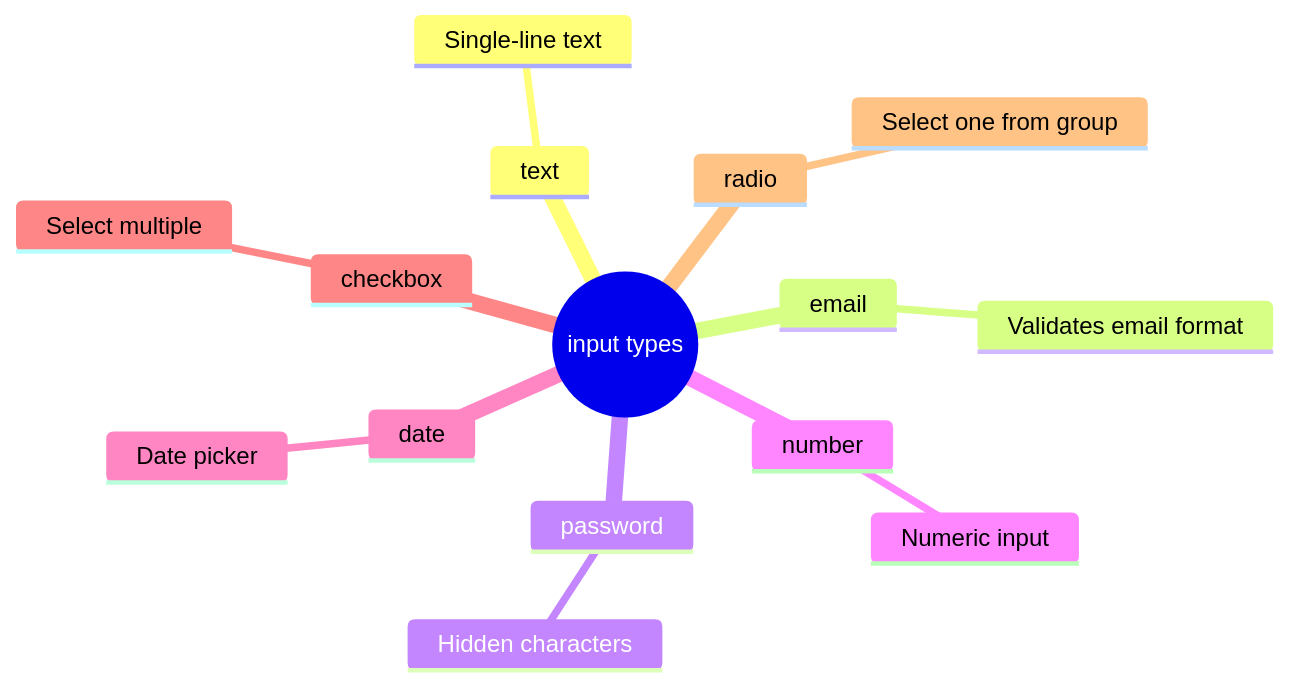
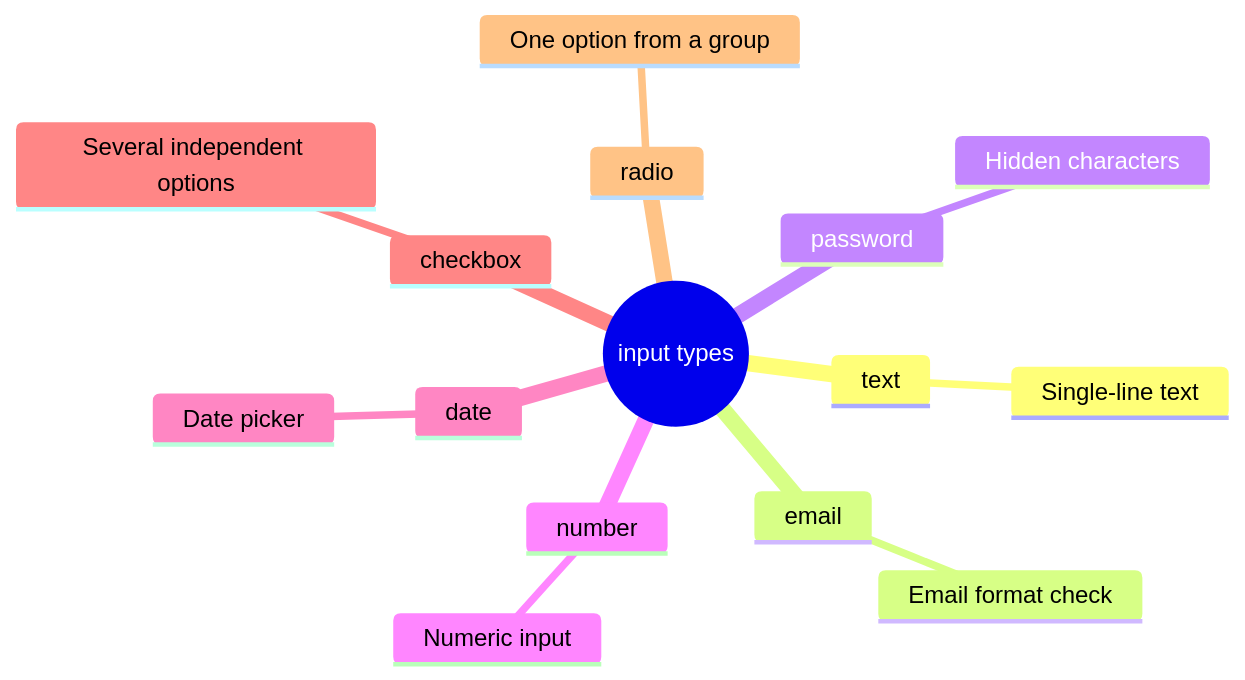
Before and after one commit to JLearn-space/JLearn-docs: the second of 2 diagrams in HTML/Lesson-6/en/Forms part 1.md, drawn with Mermaid. The commit also changed other lines of this file and 148 other files, not shown here.

````diff
--- a/HTML/Lesson-6/en/Forms part 1.md
+++ b/HTML/Lesson-6/en/Forms part 1.md
@@ -257,18 +216,18 @@
 ```mermaid
 mindmap
   root((input types))
     text
       Single-line text
     email
-      Validates email format
+      Email format check
     password
       Hidden characters
     number
       Numeric input
     date
       Date picker
     checkbox
-      Select multiple
+      Several independent options
     radio
-      Select one from group
+      One option from a group
 ```
````
